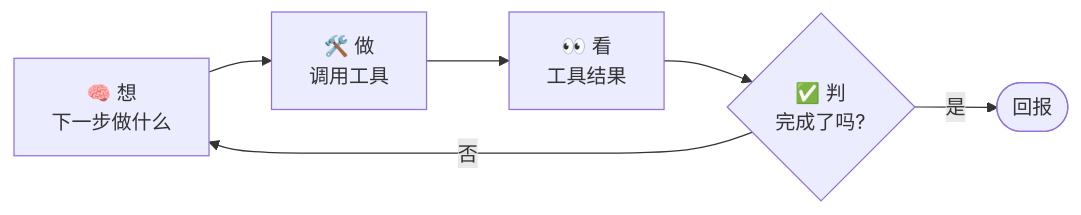
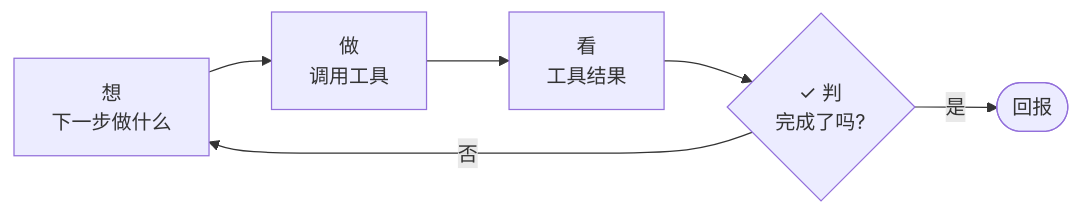
One commit to luckykhy/KhyAiHub changed the second of 5 diagrams in docs/02_CONCEPTS_概念入门/CONCEPT/[CONCEPT-03] 什么是ToolLoop-工具循环.md. Above: the diagram before and after it, drawn with Mermaid. The commit also changed other lines of this file and 19 other files, not shown here.

````diff
--- a/docs/02_CONCEPTS_概念入门/CONCEPT/[CONCEPT-03] 什么是ToolLoop-工具循环.md
+++ b/docs/02_CONCEPTS_概念入门/CONCEPT/[CONCEPT-03] 什么是ToolLoop-工具循环.md
@@ -96,8 +96,8 @@
 ```mermaid
 flowchart LR
-  Reason["🧠 想<br/>下一步做什么"] --> Act["🛠️ 做<br/>调用工具"]
-  Act --> Observe["👀 看<br/>工具结果"]
-  Observe --> Decide{"✅ 判<br/>完成了吗?"}
+  Reason["想<br/>下一步做什么"] --> Act["做<br/>调用工具"]
+  Act --> Observe["看<br/>工具结果"]
+  Observe --> Decide{"✓ 判<br/>完成了吗?"}
   Decide -- 否 --> Reason
   Decide -- 是 --> End([回报])
 ```
````
